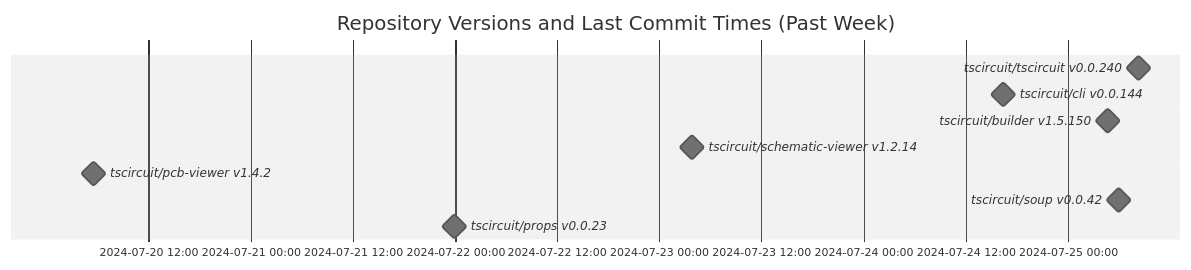
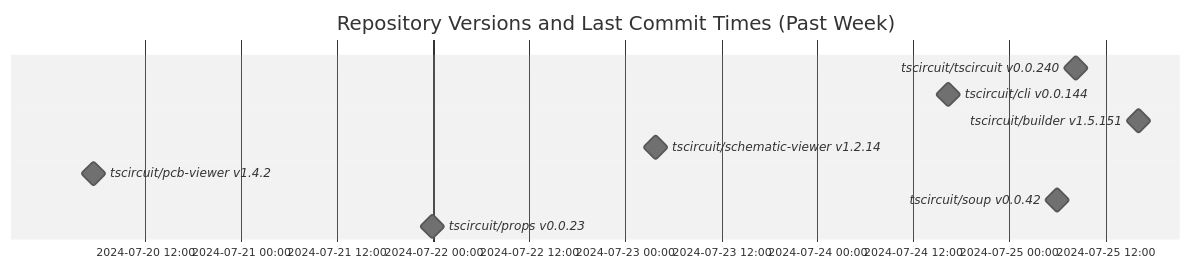
The diagram in README.md (tscircuit/version-tracker), drawn with Mermaid (neutral theme) before and after one commit.

Commit message:
Update chart

````diff
--- a/README.md
+++ b/README.md
@@ -1,14 +1,14 @@
 ```mermaid
 gantt
   dateFormat  YYYY-MM-DD HH:mm:ss
   title Repository Versions and Last Commit Times (Past Week)
   axisFormat %Y-%m-%d %H:%M
 
   tscircuit/tscircuit v0.0.240 : milestone, 2024-07-25 08:15:50, 1s
   tscircuit/cli v0.0.144 : milestone, 2024-07-24 16:24:13, 1s
-  tscircuit/builder v1.5.150 : milestone, 2024-07-25 04:38:28, 1s
+  tscircuit/builder v1.5.151 : milestone, 2024-07-25 16:09:34, 1s
   tscircuit/schematic-viewer v1.2.14 : milestone, 2024-07-23 03:50:56, 1s
   tscircuit/pcb-viewer v1.4.2 : milestone, 2024-07-20 05:34:23, 1s
   tscircuit/soup v0.0.42 : milestone, 2024-07-25 05:56:46, 1s
   tscircuit/props v0.0.23 : milestone, 2024-07-21 23:57:13, 1s
 ```
````
